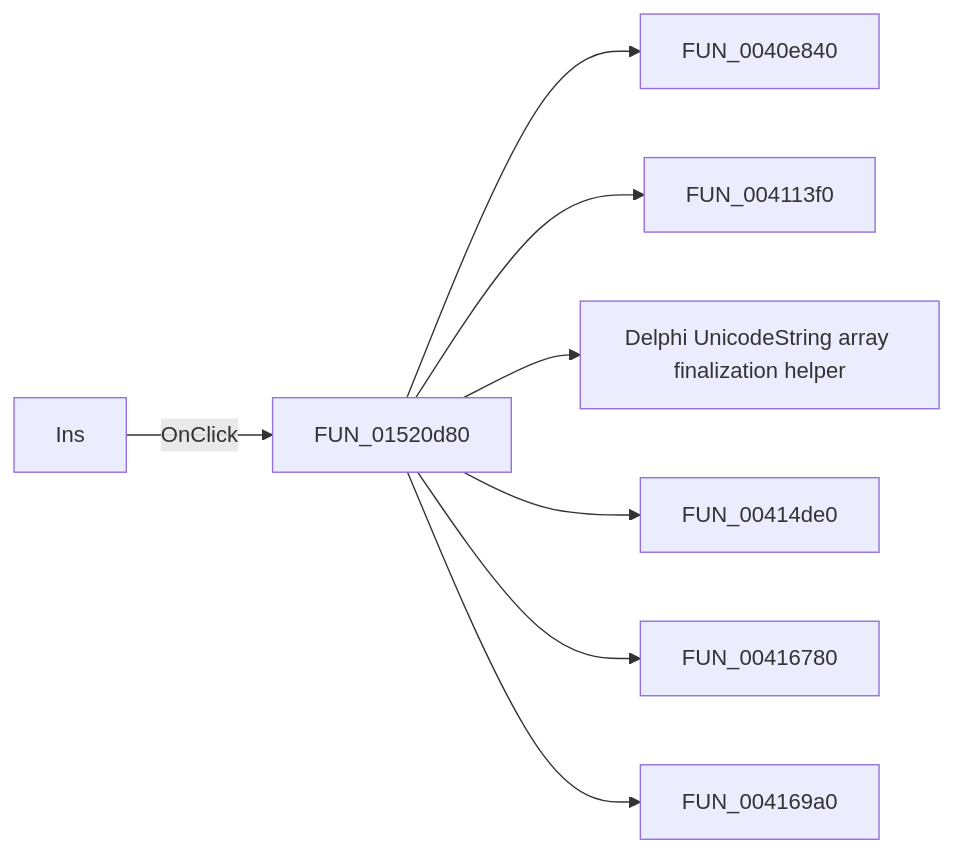
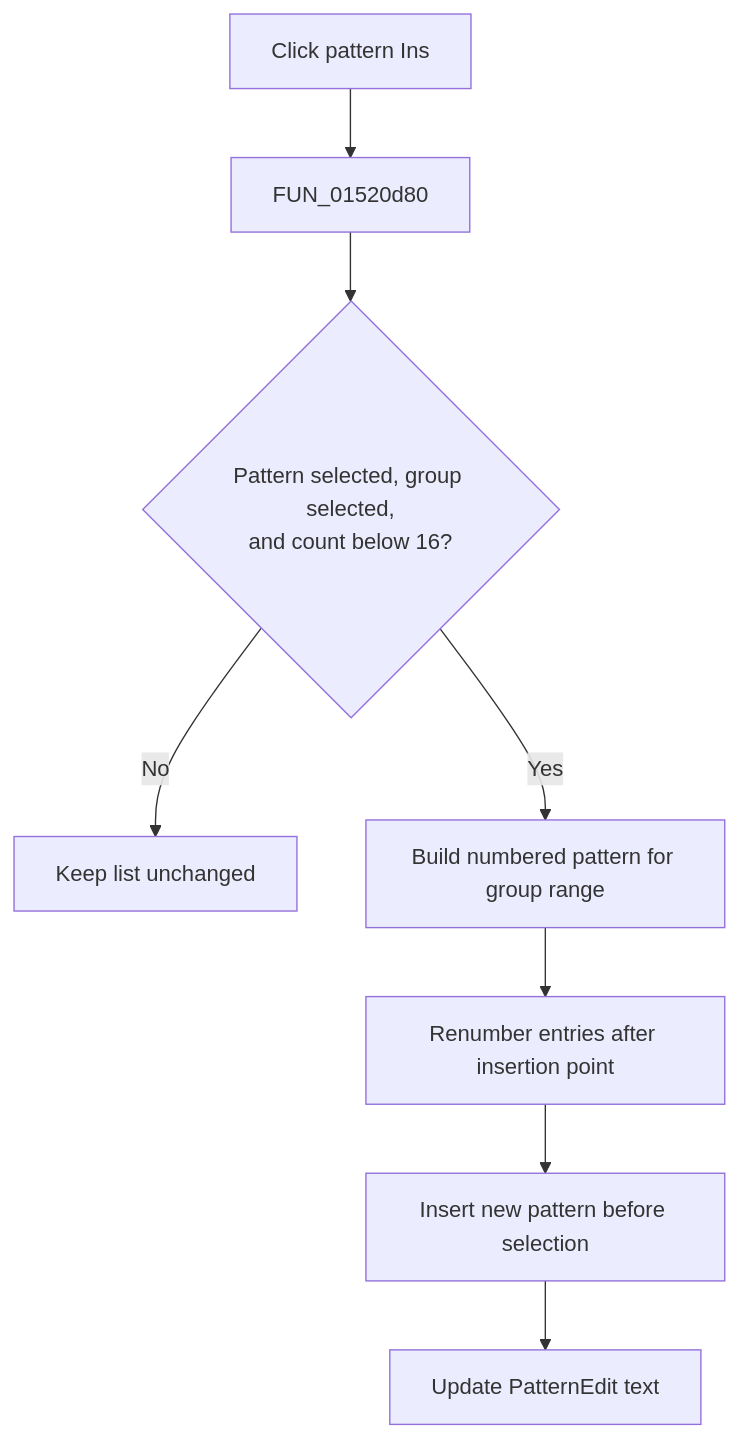
Before and after one commit to MovGP0/TIARA: the diagram in docs/ui-controls/logicanalyzerwin/patterninsertbtn-2a8a5affc7.md, drawn with Mermaid. The commit also changed other lines of this file and 1062 other files, not shown here.

````diff
--- a/docs/ui-controls/logicanalyzerwin/patterninsertbtn-2a8a5affc7.md
+++ b/docs/ui-controls/logicanalyzerwin/patterninsertbtn-2a8a5affc7.md
@@ -27,10 +31,10 @@
 ```mermaid
-flowchart LR
-    control["Ins"] -->|OnClick| handler["FUN_01520d80"]
-    handler --> call1["FUN_0040e840"]
-    handler --> call2["FUN_004113f0"]
-    handler --> call3["Delphi UnicodeString array finalization helper"]
-    handler --> call4["FUN_00414de0"]
-    handler --> call5["FUN_00416780"]
-    handler --> call6["FUN_004169a0"]
+flowchart TD
+    Click["Click pattern Ins"] --> Handler["FUN_01520d80"]
+    Handler --> Guards{"Pattern selected, group selected,<br/>and count below 16?"}
+    Guards -->|No| NoOp["Keep list unchanged"]
+    Guards -->|Yes| Build["Build numbered pattern for group range"]
+    Build --> Renumber["Renumber entries after insertion point"]
+    Renumber --> Insert["Insert new pattern before selection"]
+    Insert --> Edit["Update PatternEdit text"]
 ```
````
